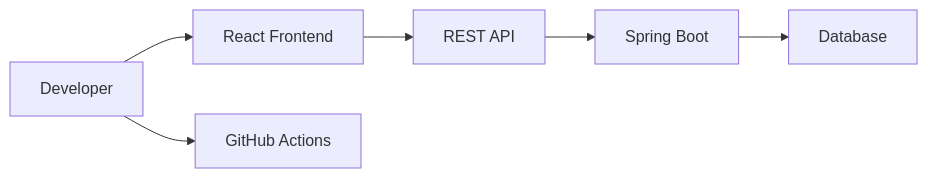
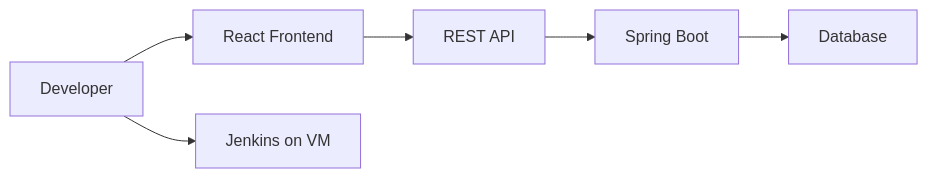
Before and after one commit to ayushsh2005/109_10_Pheonix_Capstone: the second of 10 diagrams in readme.md, drawn with Mermaid. The commit also changed other lines of this file and 2 other files, not shown here.

Commit message:
jenkins hook

````diff
--- a/readme.md
+++ b/readme.md
@@ -804,17 +804,17 @@
 ```mermaid
 flowchart LR
 
 A[Developer]
 B[React Frontend]
 C[REST API]
 D[Spring Boot]
 E[Database]
-F[GitHub Actions]
+F[Jenkins on VM]
 
 A --> B
 B --> C
 C --> D
 D --> E
 
 A --> F
 ```
````
